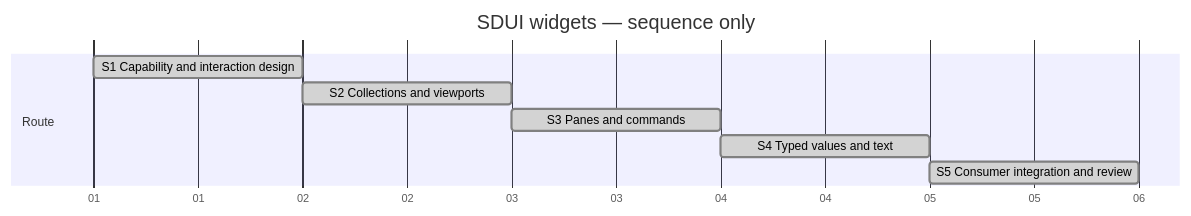
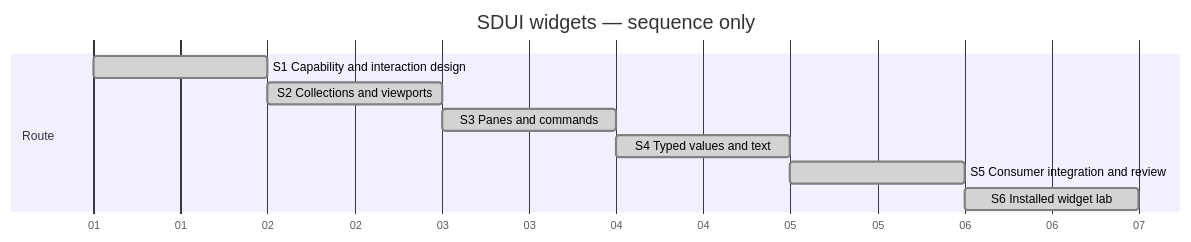
Before and after one commit to Hans-Einar/SDP: the diagram in SDP/Sessions/session-#0010--SDUI_widgets.md, drawn with Mermaid. The commit also changed other lines of this file and 3 other files, not shown here.

Commit message:
LAB1-M3 record installed SDL and SDUI widget lab delivery and close KB-SDUI-006

````diff
--- a/SDP/Sessions/session-#0010--SDUI_widgets.md
+++ b/SDP/Sessions/session-#0010--SDUI_widgets.md
@@ -9,12 +10,13 @@
 ```mermaid
 gantt
     title SDUI widgets — sequence only
     dateFormat YYYY-MM-DD
     axisFormat %d
     section Route
     S1 Capability and interaction design :done, s1, 2000-01-01, 1d
     S2 Collections and viewports :done, s2, after s1, 1d
     S3 Panes and commands :done, s3, after s2, 1d
     S4 Typed values and text :done, s4, after s3, 1d
     S5 Consumer integration and review :done, s5, after s4, 1d
+    S6 Installed widget lab :done, s6, after s5, 1d
 ```
````
